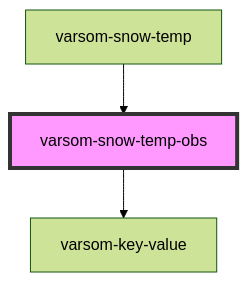
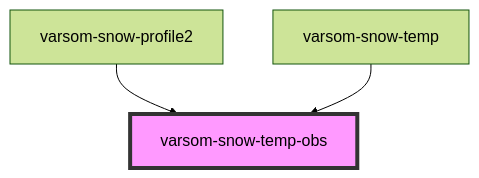
Before and after one commit to NVE/varsom-observation: the diagram in src/components/varsom-snow-temp-obs/readme.md, drawn with Mermaid (forest theme). The commit also changed other lines of this file and 8 other files, not shown here.

````diff
--- a/src/components/varsom-snow-temp-obs/readme.md
+++ b/src/components/varsom-snow-temp-obs/readme.md
@@ -28,6 +25,6 @@
 ```mermaid
 graph TD;
-  varsom-snow-temp-obs --> varsom-key-value
+  varsom-snow-profile2 --> varsom-snow-temp-obs
   varsom-snow-temp --> varsom-snow-temp-obs
   style varsom-snow-temp-obs fill:#f9f,stroke:#333,stroke-width:4px
 ```
````
